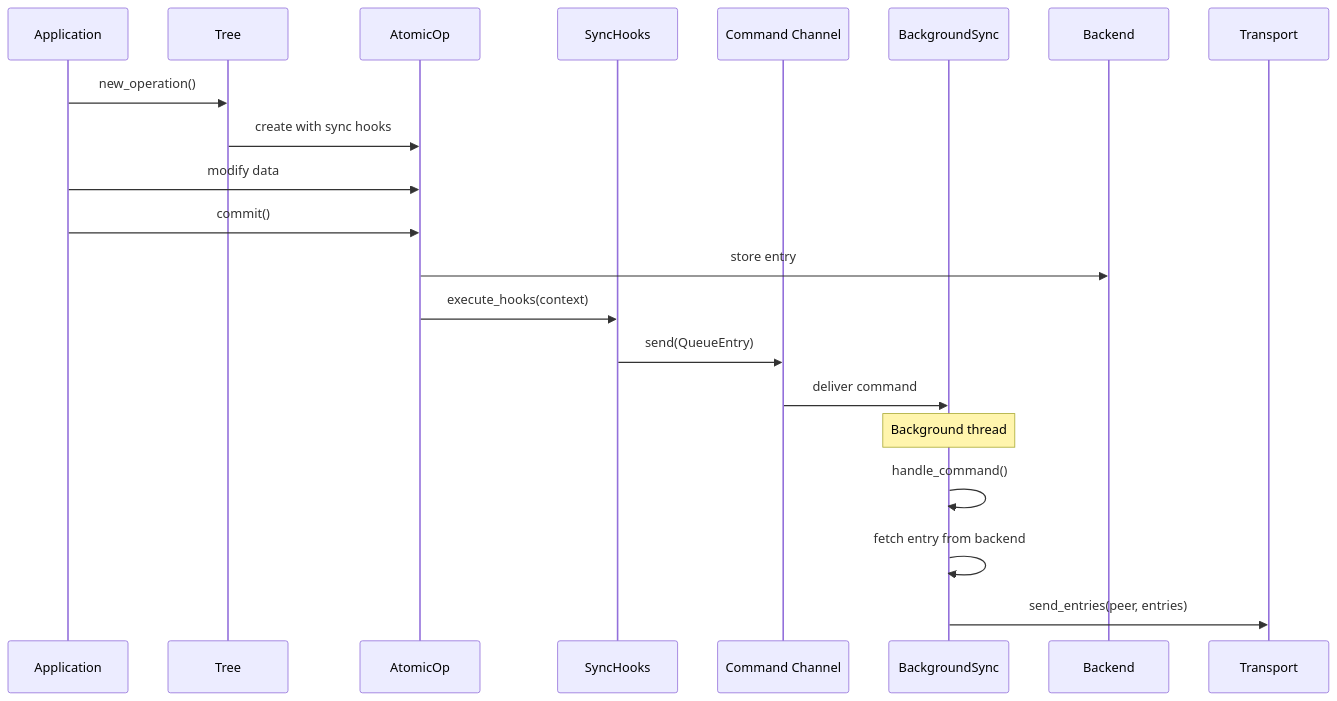
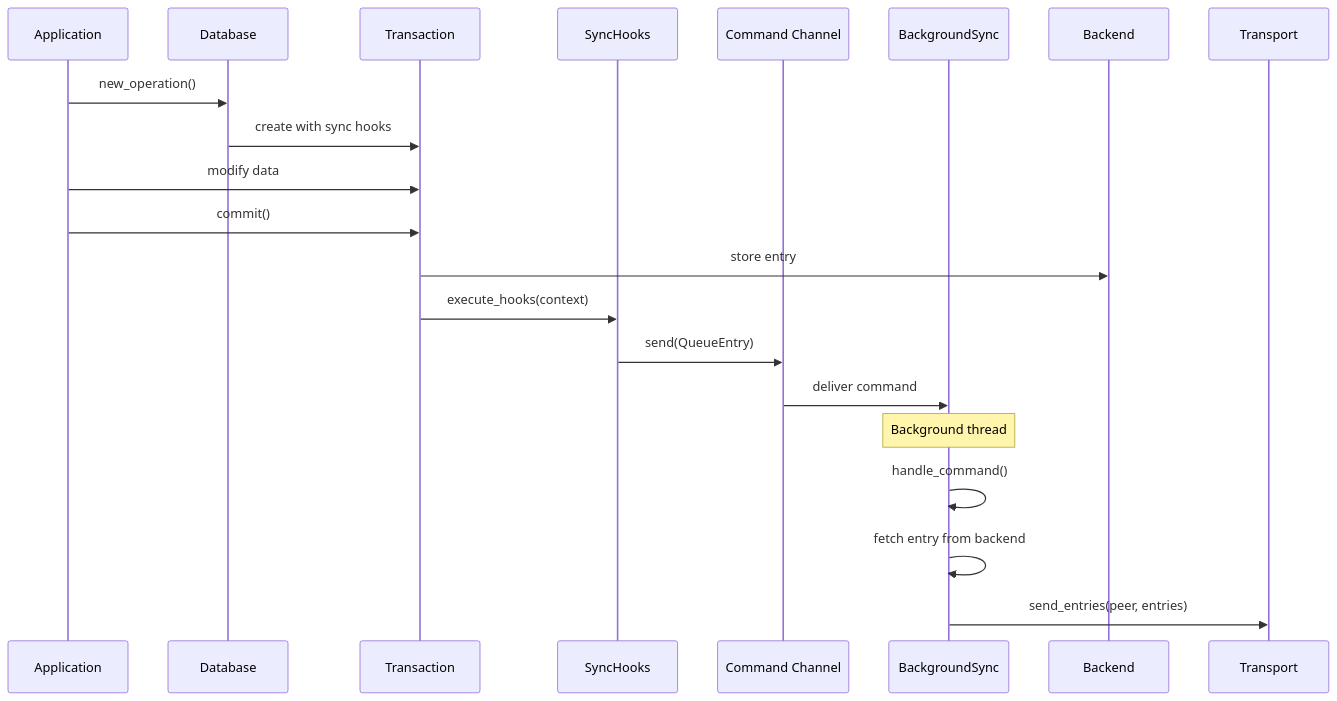
One commit to arcuru/eidetica changed the second of 5 diagrams in docs/src/internal/core_components/synchronization.md. Above: the diagram before and after it, drawn with Mermaid. The commit also changed other lines of this file and 62 other files, not shown here.

````diff
--- a/docs/src/internal/core_components/synchronization.md
+++ b/docs/src/internal/core_components/synchronization.md
@@ -335,23 +335,23 @@
 ```mermaid
 sequenceDiagram
     participant App as Application
-    participant Tree as Tree
-    participant AtomicOp as AtomicOp
+    participant Database as Database
+    participant Transaction as Transaction
     participant Hooks as SyncHooks
     participant Cmd as Command Channel
     participant BG as BackgroundSync
 
-    App->>Tree: new_operation()
-    Tree->>AtomicOp: create with sync hooks
-    App->>AtomicOp: modify data
-    App->>AtomicOp: commit()
-    AtomicOp->>Backend: store entry
-    AtomicOp->>Hooks: execute_hooks(context)
+    App->>Database: new_operation()
+    Database->>Transaction: create with sync hooks
+    App->>Transaction: modify data
+    App->>Transaction: commit()
+    Transaction->>Backend: store entry
+    Transaction->>Hooks: execute_hooks(context)
     Hooks->>Cmd: send(QueueEntry)
     Cmd->>BG: deliver command
 
     Note over BG: Background thread
     BG->>BG: handle_command()
     BG->>BG: fetch entry from backend
     BG->>Transport: send_entries(peer, entries)
 ```
````
